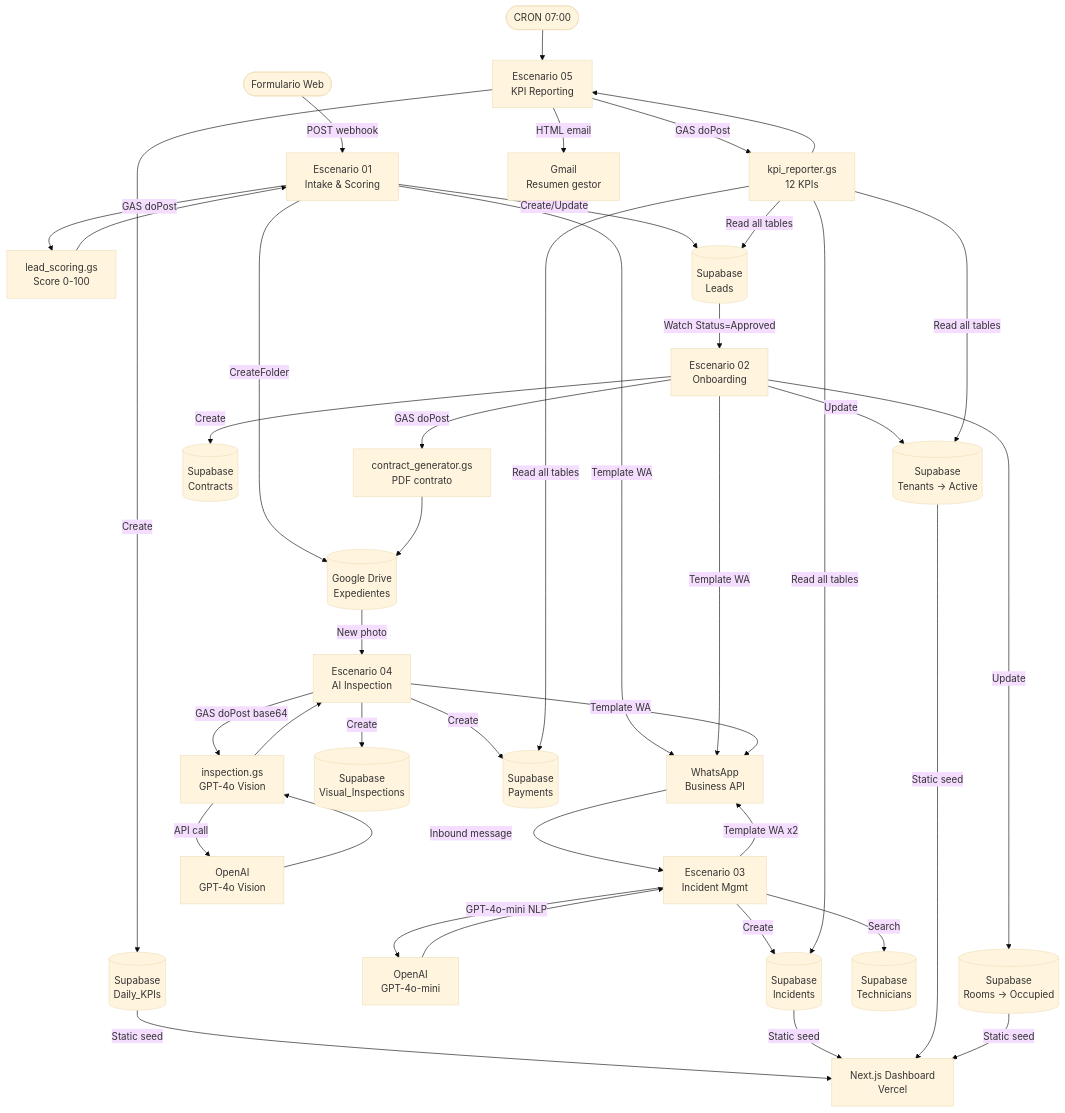
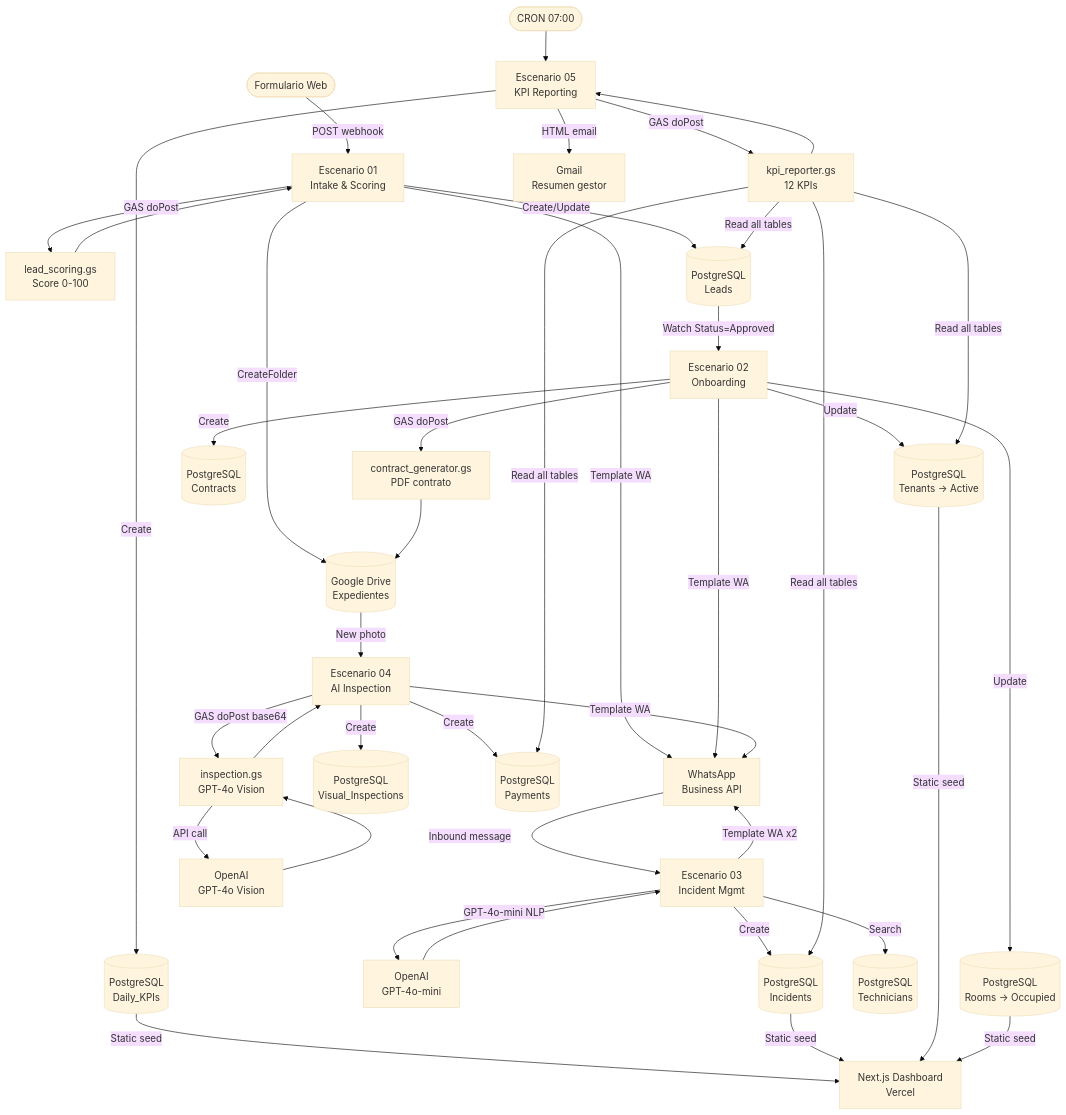
One commit to Articrafter93/propertyops-ai changed the first of 2 diagrams in docs/ARCHITECTURE.md. Above: the diagram before and after it, drawn with Mermaid (base theme). The commit also changed other lines of this file and 101 other files, not shown here.

````diff
--- a/docs/ARCHITECTURE.md
+++ b/docs/ARCHITECTURE.md
@@ -32,42 +36,42 @@
 ```mermaid
 flowchart TD
     WF([Formulario Web]) -->|POST webhook| S01[Escenario 01\nIntake & Scoring]
     S01 -->|GAS doPost| GAS_SCORE[lead_scoring.gs\nScore 0-100]
     GAS_SCORE --> S01
-    S01 -->|Create/Update| AT_LEADS[(Supabase\nLeads)]
+    S01 -->|Create/Update| AT_LEADS[(PostgreSQL\nLeads)]
     S01 -->|CreateFolder| DRIVE[(Google Drive\nExpedientes)]
     S01 -->|Template WA| WA[WhatsApp\nBusiness API]
 
     AT_LEADS -->|Watch Status=Approved| S02[Escenario 02\nOnboarding]
     S02 -->|GAS doPost| GAS_CONT[contract_generator.gs\nPDF contrato]
     GAS_CONT --> DRIVE
-    S02 -->|Create| AT_CONT[(Supabase\nContracts)]
-    S02 -->|Update| AT_ROOMS[(Supabase\nRooms → Occupied)]
-    S02 -->|Update| AT_TENANTS[(Supabase\nTenants → Active)]
+    S02 -->|Create| AT_CONT[(PostgreSQL\nContracts)]
+    S02 -->|Update| AT_ROOMS[(PostgreSQL\nRooms → Occupied)]
+    S02 -->|Update| AT_TENANTS[(PostgreSQL\nTenants → Active)]
     S02 -->|Template WA| WA
 
     WA -->|Inbound message| S03[Escenario 03\nIncident Mgmt]
     S03 -->|GPT-4o-mini NLP| OAI_MINI[OpenAI\nGPT-4o-mini]
     OAI_MINI --> S03
-    S03 -->|Create| AT_INC[(Supabase\nIncidents)]
-    S03 -->|Search| AT_TECH[(Supabase\nTechnicians)]
+    S03 -->|Create| AT_INC[(PostgreSQL\nIncidents)]
+    S03 -->|Search| AT_TECH[(PostgreSQL\nTechnicians)]
     S03 -->|Template WA x2| WA
 
     DRIVE -->|New photo| S04[Escenario 04\nAI Inspection]
     S04 -->|GAS doPost base64| GAS_INSP[inspection.gs\nGPT-4o Vision]
     GAS_INSP -->|API call| OAI_VISION[OpenAI\nGPT-4o Vision]
     OAI_VISION --> GAS_INSP
     GAS_INSP --> S04
-    S04 -->|Create| AT_INSP[(Supabase\nVisual_Inspections)]
-    S04 -->|Create| AT_PAY[(Supabase\nPayments)]
+    S04 -->|Create| AT_INSP[(PostgreSQL\nVisual_Inspections)]
+    S04 -->|Create| AT_PAY[(PostgreSQL\nPayments)]
     S04 -->|Template WA| WA
 
     CRON([CRON 07:00]) --> S05[Escenario 05\nKPI Reporting]
     S05 -->|GAS doPost| GAS_KPI[kpi_reporter.gs\n12 KPIs]
     GAS_KPI -->|Read all tables| AT_LEADS & AT_INC & AT_TENANTS & AT_PAY
     GAS_KPI --> S05
-    S05 -->|Create| AT_KPI[(Supabase\nDaily_KPIs)]
+    S05 -->|Create| AT_KPI[(PostgreSQL\nDaily_KPIs)]
     S05 -->|HTML email| GMAIL[Gmail\nResumen gestor]
 
     AT_KPI & AT_INC & AT_TENANTS & AT_ROOMS -->|Static seed| DASH[Next.js Dashboard\nVercel]
 ```
````
